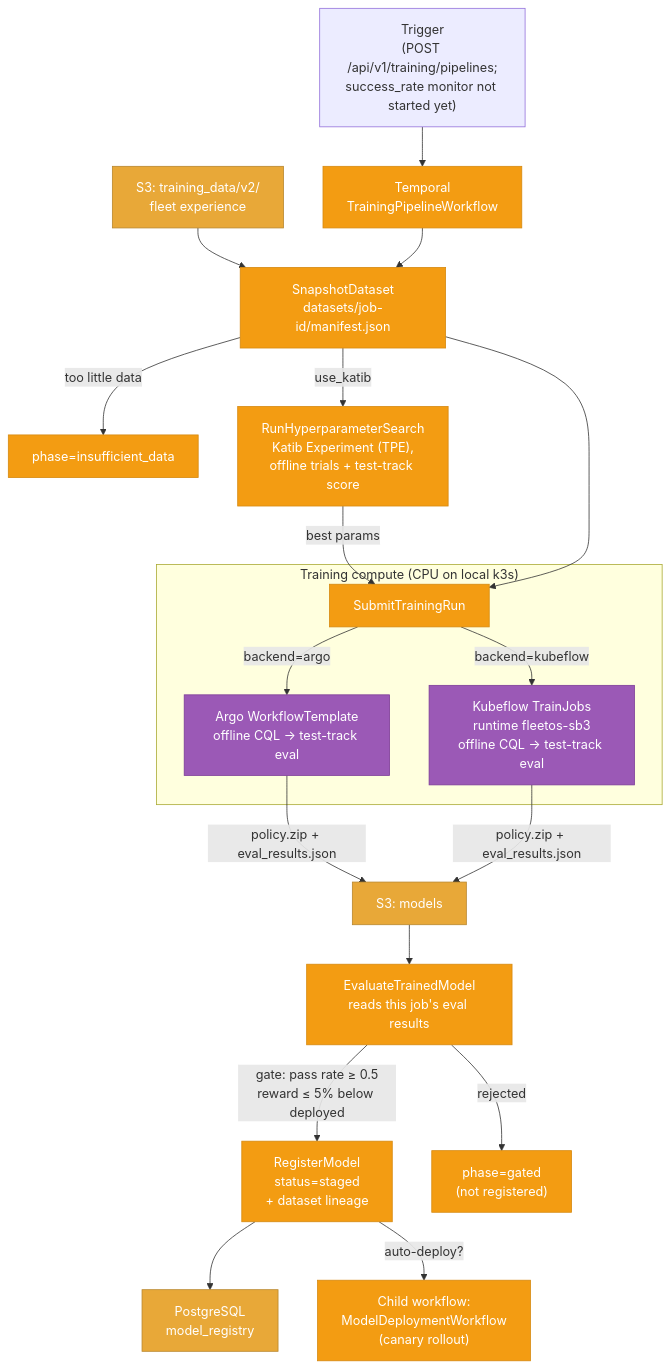
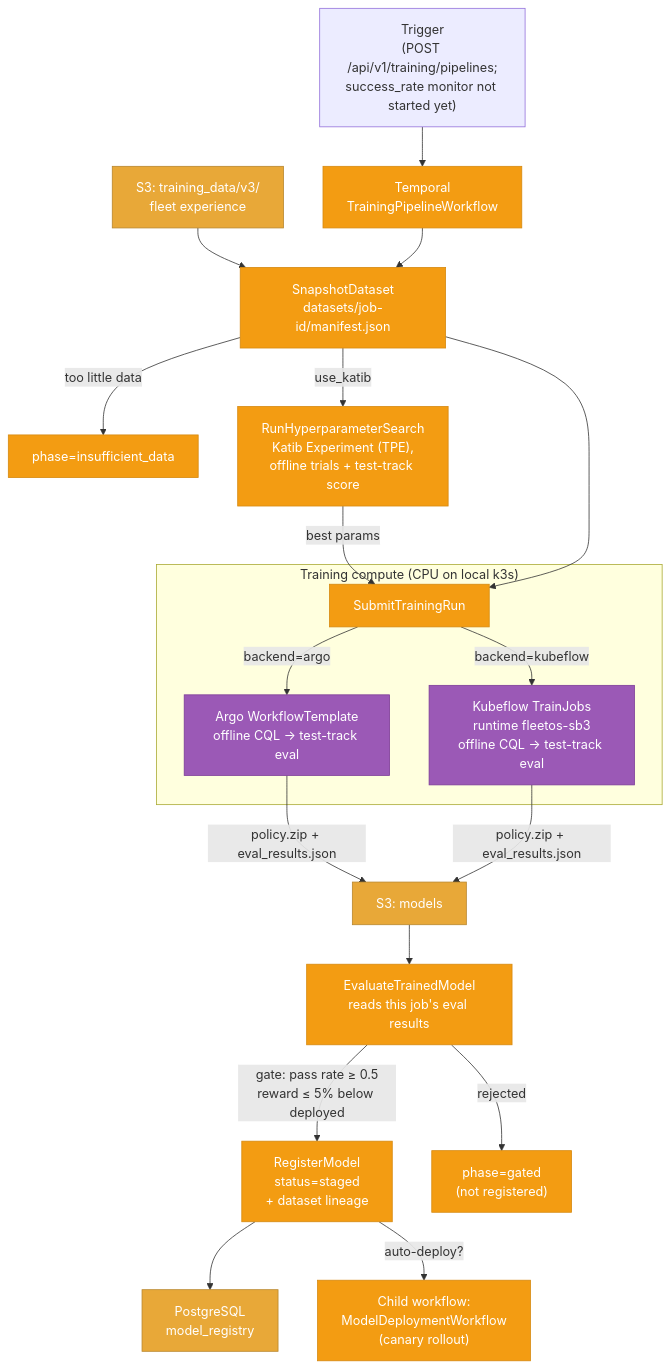
The fifth of 7 diagrams in platform/docs/architecture.md (LetMeSleep8h/robot-fleet), drawn with Mermaid before and after one commit. The commit also changed other lines of this file and 25 other files, not shown here.

````diff
--- a/platform/docs/architecture.md
+++ b/platform/docs/architecture.md
@@ -333,30 +333,30 @@
 ```mermaid
 graph TD
     TRIGGER["Trigger<br/>(POST /api/v1/training/pipelines;<br/>success_rate monitor not started yet)"] --> TEMP["Temporal<br/>TrainingPipelineWorkflow"]
-    FLEET["S3: training_data/v2/<br/>fleet experience"] --> SNAP["SnapshotDataset<br/>datasets/job-id/manifest.json"]
+    FLEET["S3: training_data/v3/<br/>fleet experience"] --> SNAP["SnapshotDataset<br/>datasets/job-id/manifest.json"]
     TEMP --> SNAP
     SNAP -->|"too little data"| NODATA["phase=insufficient_data"]
     SNAP -->|"use_katib"| HPO["RunHyperparameterSearch<br/>Katib Experiment (TPE),<br/>offline trials + test-track score"]
     HPO -->|"best params"| SUBMIT["SubmitTrainingRun"]
     SNAP --> SUBMIT
 
     subgraph Compute["Training compute (CPU on local k3s)"]
         SUBMIT -->|"backend=argo"| ARGO["Argo WorkflowTemplate<br/>offline CQL → test-track eval"]
         SUBMIT -->|"backend=kubeflow"| TRAIN["Kubeflow TrainJobs<br/>runtime fleetos-sb3<br/>offline CQL → test-track eval"]
     end
 
     ARGO -->|"policy.zip + eval_results.json"| S3M["S3: models"]
     TRAIN -->|"policy.zip + eval_results.json"| S3M
     S3M --> EVAL["EvaluateTrainedModel<br/>reads this job's eval results"]
     EVAL -->|"gate: pass rate ≥ 0.5<br/>reward ≤ 5% below deployed"| REG["RegisterModel<br/>status=staged<br/>+ dataset lineage"]
     EVAL -->|"rejected"| GATED["phase=gated<br/>(not registered)"]
     REG --> PG["PostgreSQL<br/>model_registry"]
     REG -->|"auto-deploy?"| DEPLOY["Child workflow:<br/>ModelDeploymentWorkflow<br/>(canary rollout)"]
 
     classDef temporal fill:#f39c12,stroke:#d68910,color:#fff
     classDef storage fill:#e8a838,stroke:#b8862d,color:#fff
     classDef gpu fill:#9b59b6,stroke:#7d3c98,color:#fff
     class TEMP,SNAP,HPO,SUBMIT,EVAL,REG,DEPLOY,GATED,NODATA temporal
     class S3M,PG,FLEET storage
     class TRAIN,ARGO gpu
 ```
````
